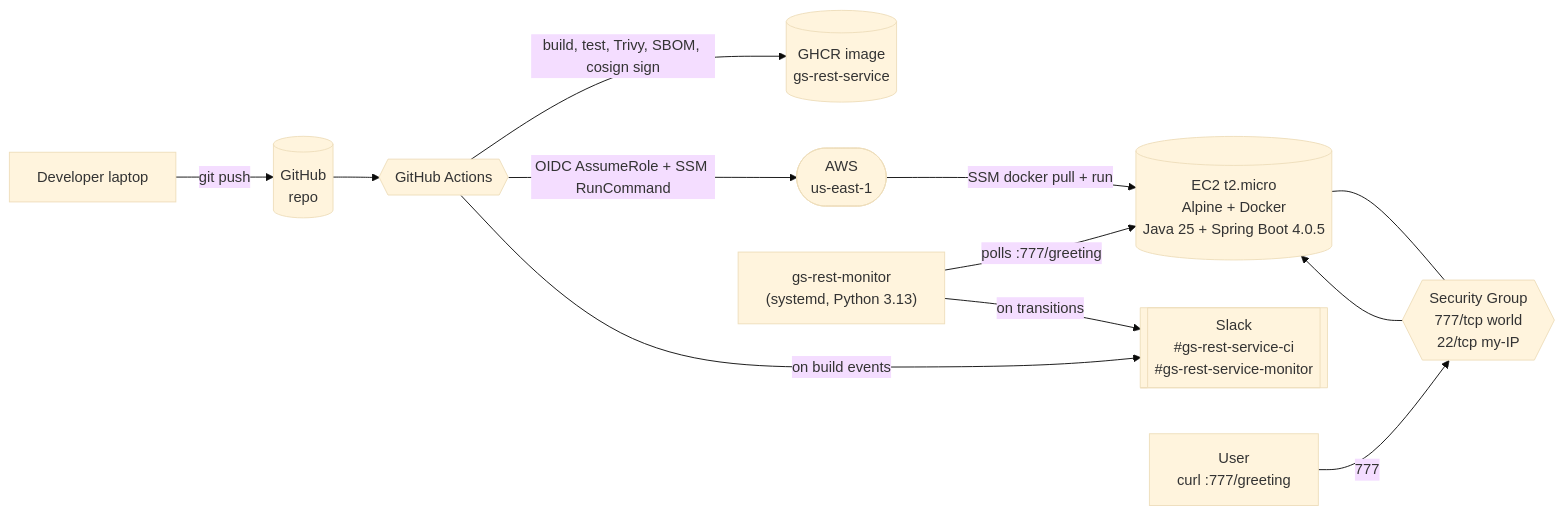
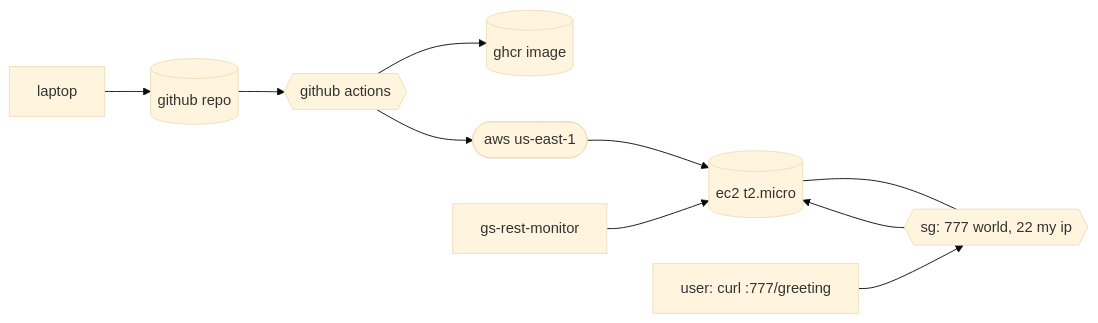
Before and after one commit to amayabdaniel/bluegrid-devops-task: the diagram in README.md, drawn with Mermaid (base theme). The commit also changed other lines of this file and 28 other files, not shown here.

````diff
--- a/README.md
+++ b/README.md
@@ -12,24 +11,20 @@
 ```mermaid
 flowchart LR
-    dev["Developer laptop"]
-    gh[("GitHub<br/>repo")]
-    act{{"GitHub Actions"}}
-    ghcr[("GHCR image<br/>gs-rest-service")]
-    slack[["Slack<br/>#gs-rest-service-ci<br/>#gs-rest-service-monitor"]]
-    aws(["AWS<br/>us-east-1"])
-    ec2[(EC2 t2.micro<br/>Alpine + Docker<br/>Java 25 + Spring Boot 4.0.5)]
-    sg{{"Security Group<br/>777/tcp world<br/>22/tcp my-IP"}}
-    mon["gs-rest-monitor<br/>(systemd, Python 3.13)"]
-    user["User<br/>curl :777/greeting"]
+    dev["laptop"]
+    gh[("github repo")]
+    act{{"github actions"}}
+    ghcr[("ghcr image")]
+    aws(["aws us-east-1"])
+    ec2[(ec2 t2.micro)]
+    sg{{"sg: 777 world, 22 my ip"}}
+    mon["gs-rest-monitor"]
+    user["user: curl :777/greeting"]
 
-    dev -->|git push| gh
-    gh --> act
-    act -->|build, test, Trivy, SBOM, cosign sign| ghcr
-    act -->|OIDC AssumeRole + SSM RunCommand| aws
-    aws -->|SSM docker pull + run| ec2
+    dev --> gh --> act
+    act --> ghcr
+    act --> aws
+    aws --> ec2
     ec2 --- sg
-    user -->|777| sg --> ec2
-    mon -->|polls :777/greeting| ec2
-    mon -->|on transitions| slack
-    act -->|on build events| slack
+    user --> sg --> ec2
+    mon --> ec2
 ```
````
